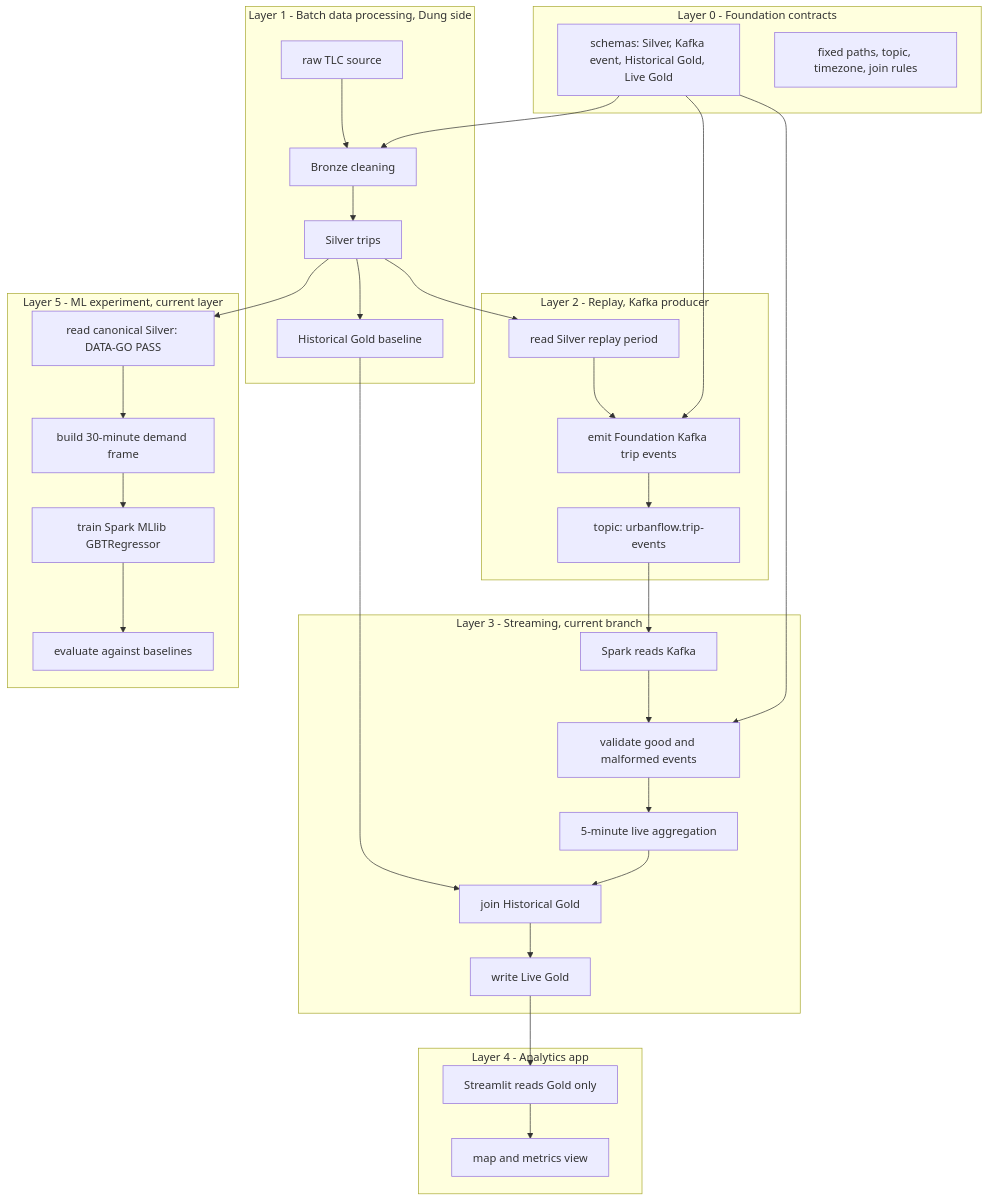
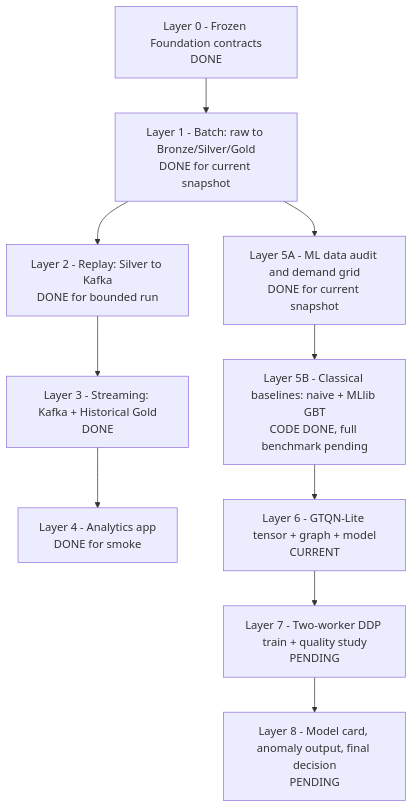
Before and after one commit to Vinhhoang-1312/Bigdata-lab: the diagram in plan.md, drawn with Mermaid. The commit also changed other lines of this file and 1 other file, not shown here.

````diff
--- a/plan.md
+++ b/plan.md
@@ -121,49 +32,16 @@
 ```mermaid
 flowchart TB
-    subgraph L0["Layer 0 - Foundation contracts"]
-        F1["schemas: Silver, Kafka event, Historical Gold, Live Gold"]
-        F2["fixed paths, topic, timezone, join rules"]
-    end
+    L0["Layer 0 - Frozen Foundation contracts<br/>DONE"]
+    L1["Layer 1 - Batch: raw to Bronze/Silver/Gold<br/>DONE for current snapshot"]
+    L2["Layer 2 - Replay: Silver to Kafka<br/>DONE for bounded run"]
+    L3["Layer 3 - Streaming: Kafka + Historical Gold<br/>DONE"]
+    L4["Layer 4 - Analytics app<br/>DONE for smoke"]
+    L5A["Layer 5A - ML data audit and demand grid<br/>DONE for current snapshot"]
+    L5B["Layer 5B - Classical baselines: naive + MLlib GBT<br/>CODE DONE, full benchmark pending"]
+    L6["Layer 6 - GTQN-Lite tensor + graph + model<br/>CURRENT"]
+    L7["Layer 7 - Two-worker DDP train + quality study<br/>PENDING"]
+    L8["Layer 8 - Model card, anomaly output, final decision<br/>PENDING"]
 
-    subgraph L1["Layer 1 - Batch data processing, Dung side"]
-        B1["raw TLC source"]
-        B2["Bronze cleaning"]
-        B3["Silver trips"]
-        B4["Historical Gold baseline"]
-    end
-
-    subgraph L2["Layer 2 - Replay, Kafka producer"]
-        R1["read Silver replay period"]
-        R2["emit Foundation Kafka trip events"]
-        R3["topic: urbanflow.trip-events"]
-    end
-
-    subgraph L3["Layer 3 - Streaming, current branch"]
-        S1["Spark reads Kafka"]
-        S2["validate good and malformed events"]
-        S3["5-minute live aggregation"]
-        S4["join Historical Gold"]
-        S5["write Live Gold"]
-    end
-
-    subgraph L4["Layer 4 - Analytics app"]
-        A1["Streamlit reads Gold only"]
-        A2["map and metrics view"]
-    end
-
-    subgraph L5["Layer 5 - ML experiment, current layer"]
-        M1["read canonical Silver: DATA-GO PASS"]
-        M2["build 30-minute demand frame"]
-        M3["train Spark MLlib GBTRegressor"]
-        M4["evaluate against baselines"]
-    end
-
-    F1 --> B2
-    F1 --> R2
-    F1 --> S2
-    B1 --> B2 --> B3 --> B4
-    B3 --> R1 --> R2 --> R3
-    R3 --> S1 --> S2 --> S3 --> S4 --> S5 --> A1 --> A2
-    B4 --> S4
-    B3 --> M1 --> M2 --> M3 --> M4
+    L0 --> L1 --> L2 --> L3 --> L4
+    L1 --> L5A --> L5B --> L6 --> L7 --> L8
 ```
````
